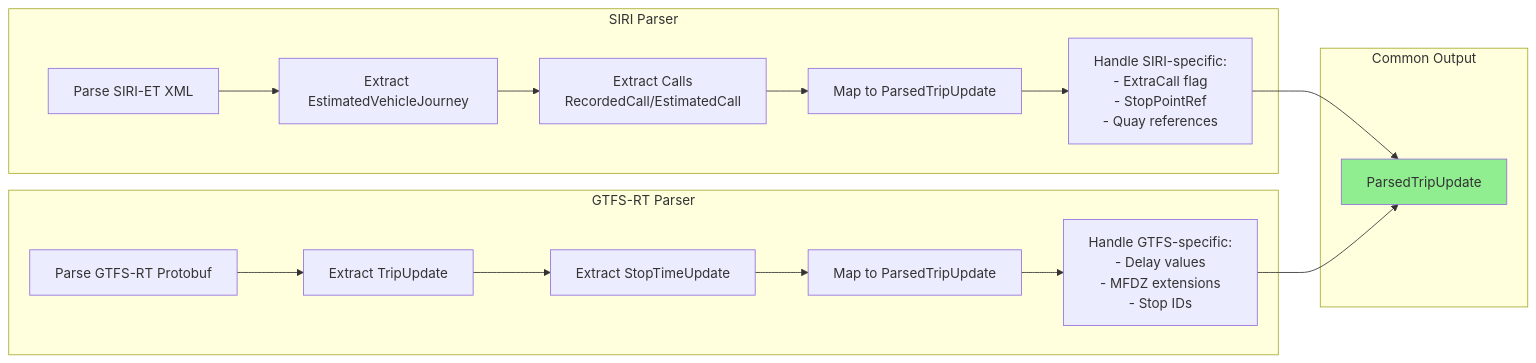
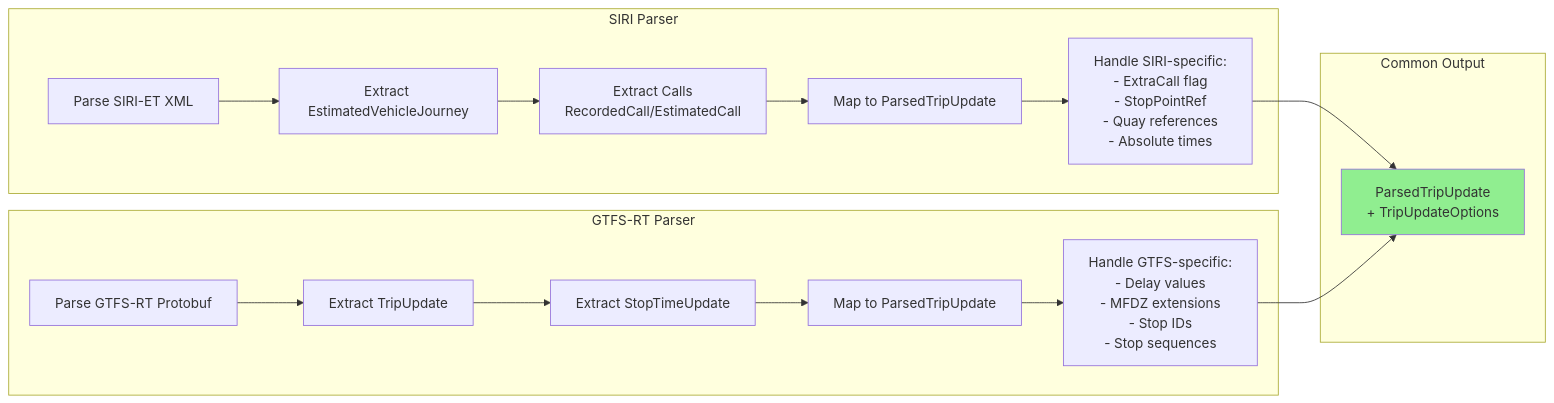
The ninth of 11 diagrams in docs/design/unified-realtime-updaters-with-diagrams.md (entur/OpenTripPlanner), drawn with Mermaid before and after one commit. The commit also changed other lines of this file and 1 other file, not shown here.

````diff
--- a/docs/design/unified-realtime-updaters-with-diagrams.md
+++ b/docs/design/unified-realtime-updaters-with-diagrams.md
@@ -658,27 +813,27 @@
 ```mermaid
 graph LR
     subgraph "SIRI Parser"
         S1[Parse SIRI-ET XML]
         S2[Extract EstimatedVehicleJourney]
         S3[Extract Calls<br/>RecordedCall/EstimatedCall]
         S4[Map to ParsedTripUpdate]
-        S5[Handle SIRI-specific:<br/>- ExtraCall flag<br/>- StopPointRef<br/>- Quay references]
+        S5[Handle SIRI-specific:<br/>- ExtraCall flag<br/>- StopPointRef<br/>- Quay references<br/>- Absolute times]
     end
-    
+
     subgraph "GTFS-RT Parser"
         G1[Parse GTFS-RT Protobuf]
         G2[Extract TripUpdate]
         G3[Extract StopTimeUpdate]
         G4[Map to ParsedTripUpdate]
-        G5[Handle GTFS-specific:<br/>- Delay values<br/>- MFDZ extensions<br/>- Stop IDs]
+        G5[Handle GTFS-specific:<br/>- Delay values<br/>- MFDZ extensions<br/>- Stop IDs<br/>- Stop sequences]
     end
-    
+
     subgraph "Common Output"
-        Output[ParsedTripUpdate]
+        Output[ParsedTripUpdate<br/>+ TripUpdateOptions]
     end
-    
+
     S1 --> S2 --> S3 --> S4 --> S5 --> Output
     G1 --> G2 --> G3 --> G4 --> G5 --> Output
-    
+
     style Output fill:#90EE90
 ```
````
